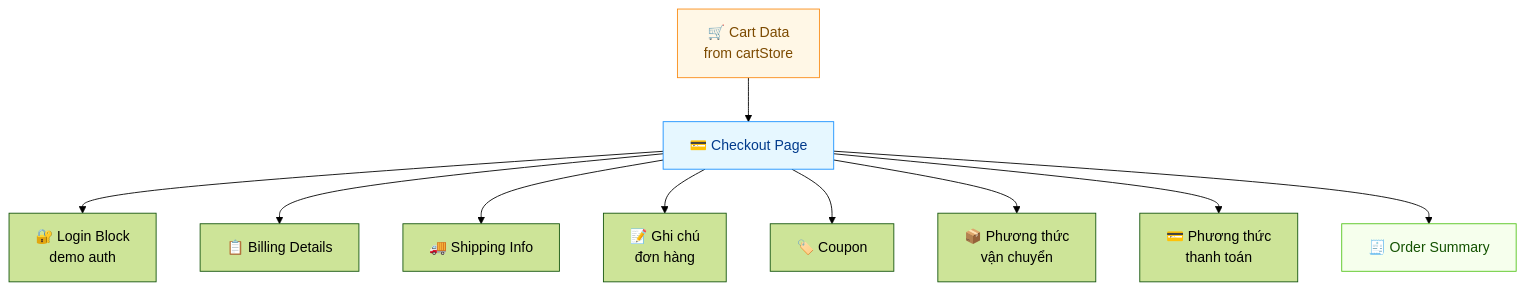
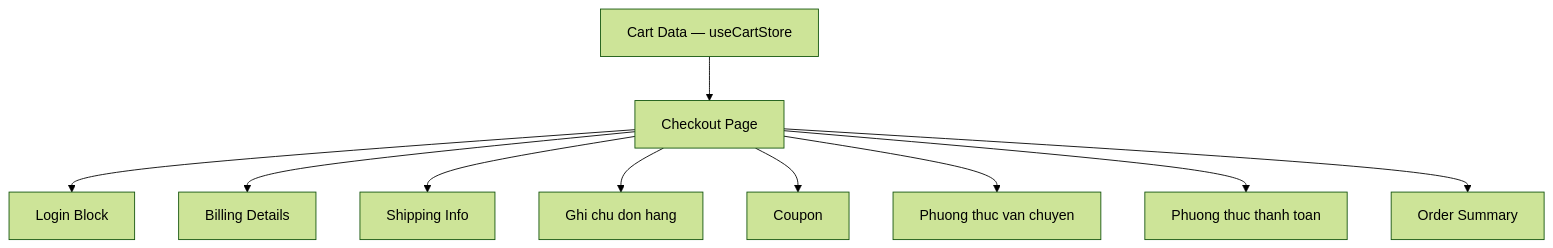
Before and after one commit to NguyenDinhDang/Docs-E-commerce: the seventh of 10 diagrams in 07-so-do-mermaid.md, drawn with Mermaid (forest theme). The commit also changed other lines of this file, not shown here.

Commit message:
Fix mermaid code

````diff
--- a/07-so-do-mermaid.md
+++ b/07-so-do-mermaid.md
@@ -166,19 +140,15 @@
 ```mermaid
 flowchart TD
-    Cart[🛒 Cart Data\nfrom cartStore]
+    Cart[Cart Data — useCartStore]
 
-    Cart --> CO[💳 Checkout Page]
+    Cart --> CO[Checkout Page]
 
-    CO --> Login[🔐 Login Block\ndemo auth]
-    CO --> Billing[📋 Billing Details]
-    CO --> Shipping[🚚 Shipping Info]
-    CO --> Notes[📝 Ghi chú\nđơn hàng]
-    CO --> Coupon[🏷️ Coupon]
-    CO --> ShipMethod[📦 Phương thức\nvận chuyển]
-    CO --> Payment[💳 Phương thức\nthanh toán]
-    CO --> OrderSum[🧾 Order Summary]
-
-    style Cart fill:#fff7e6,stroke:#fa8c16,color:#7c4a00
-    style CO fill:#e6f7ff,stroke:#1890ff,color:#003a8c
-    style OrderSum fill:#f6ffed,stroke:#52c41a,color:#135200
+    CO --> Login[Login Block]
+    CO --> Billing[Billing Details]
+    CO --> Shipping[Shipping Info]
+    CO --> Notes[Ghi chu don hang]
+    CO --> Coupon[Coupon]
+    CO --> ShipMethod[Phuong thuc van chuyen]
+    CO --> Payment[Phuong thuc thanh toan]
+    CO --> OrderSum[Order Summary]
 ```
````
